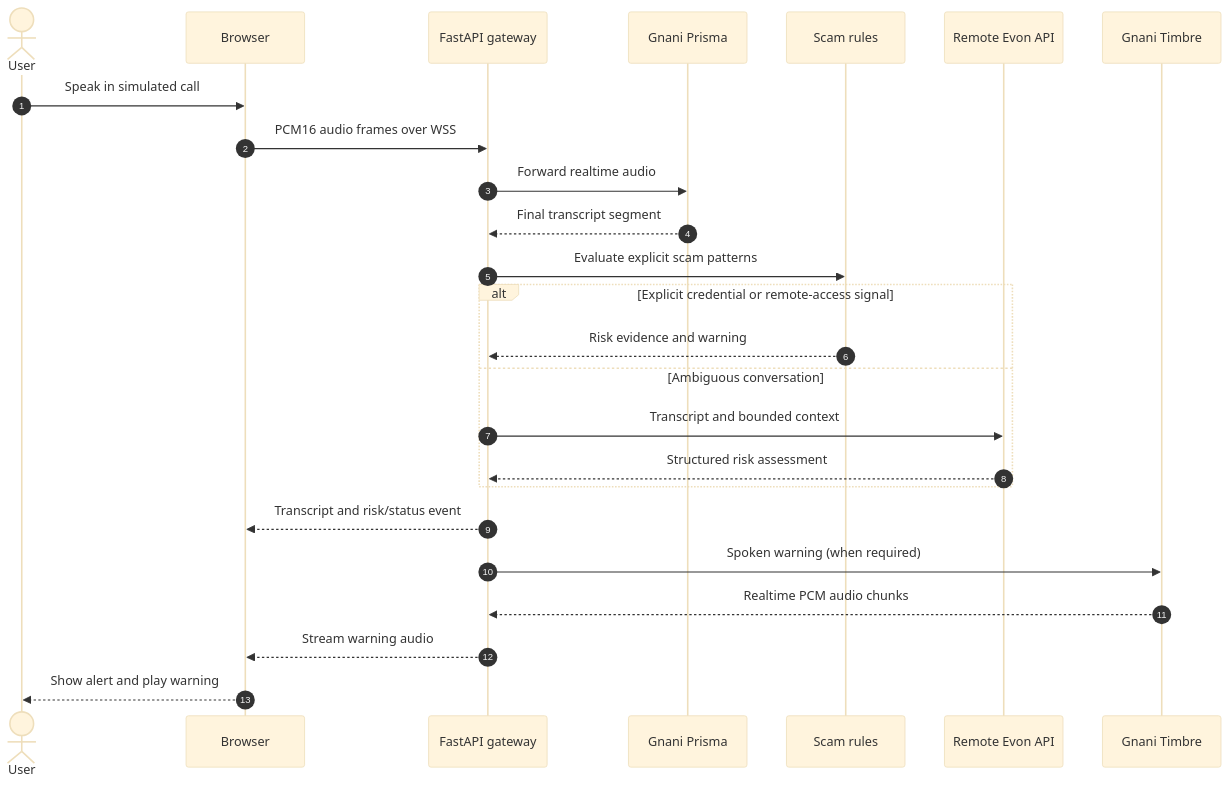
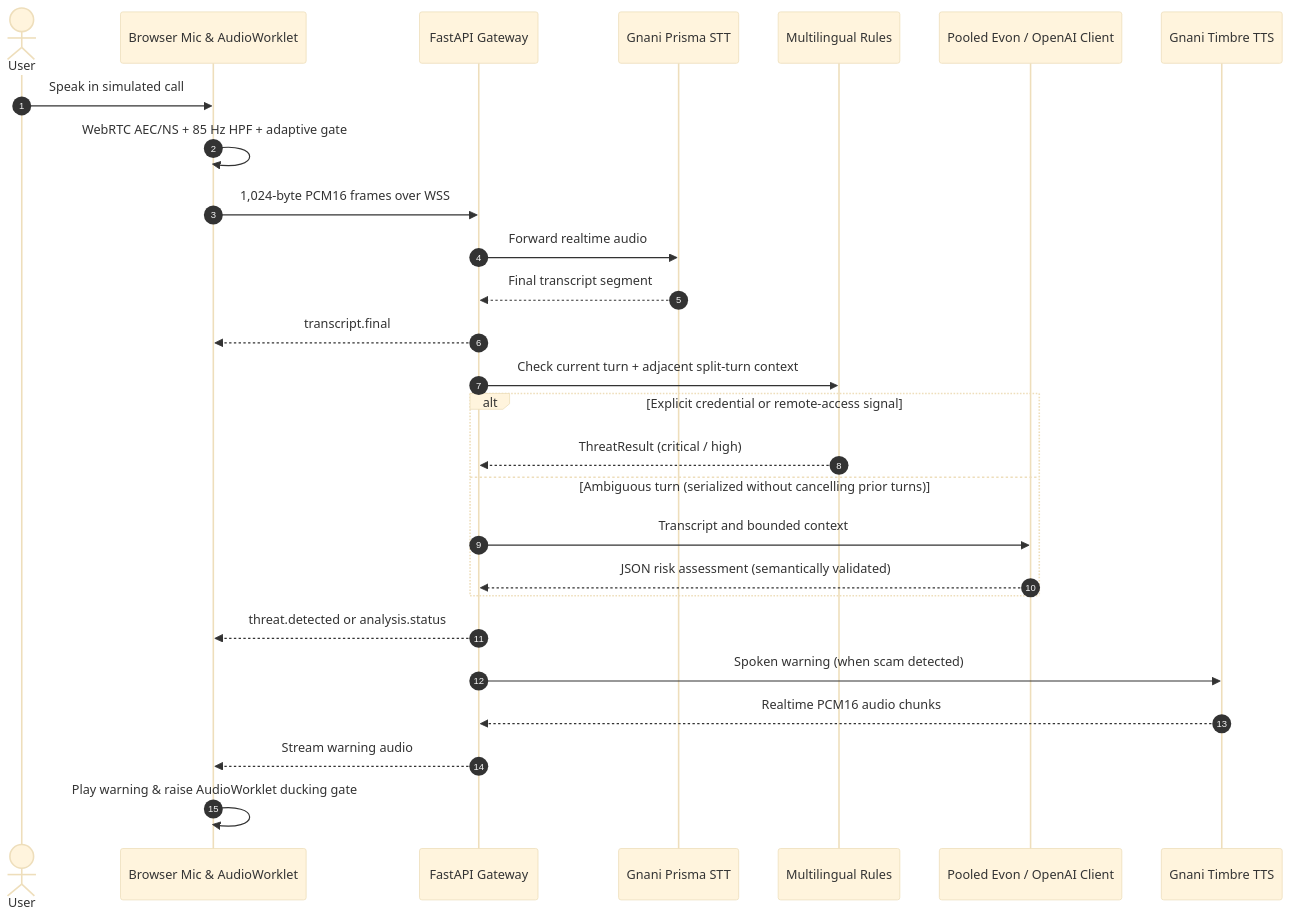
Before and after one commit to Bhaumik-99/gnani.ai-task: the second of 3 diagrams in README.md, drawn with Mermaid (base theme). The commit also changed other lines of this file and 13 other files, not shown here.

Commit message:
feat: improve live scam detection, DSP noise gating, TTS playback, and docs

````diff
--- a/README.md
+++ b/README.md
@@ -96,28 +99,30 @@
 ```mermaid
 sequenceDiagram
   autonumber
   actor User
-  participant Browser
-  participant API as FastAPI gateway
-  participant STT as Gnani Prisma
-  participant Rules as Scam rules
-  participant LLM as Remote Evon API
-  participant TTS as Gnani Timbre
+  participant Browser as Browser Mic & AudioWorklet
+  participant API as FastAPI Gateway
+  participant STT as Gnani Prisma STT
+  participant Rules as Multilingual Rules
+  participant LLM as Pooled Evon / OpenAI Client
+  participant TTS as Gnani Timbre TTS
 
   User->>Browser: Speak in simulated call
-  Browser->>API: PCM16 audio frames over WSS
+  Browser->>Browser: WebRTC AEC/NS + 85 Hz HPF + adaptive gate
+  Browser->>API: 1,024-byte PCM16 frames over WSS
   API->>STT: Forward realtime audio
   STT-->>API: Final transcript segment
-  API->>Rules: Evaluate explicit scam patterns
+  API-->>Browser: transcript.final
+  API->>Rules: Check current turn + adjacent split-turn context
   alt Explicit credential or remote-access signal
-    Rules-->>API: Risk evidence and warning
-  else Ambiguous conversation
+    Rules-->>API: ThreatResult (critical / high)
+  else Ambiguous turn (serialized without cancelling prior turns)
     API->>LLM: Transcript and bounded context
-    LLM-->>API: Structured risk assessment
+    LLM-->>API: JSON risk assessment (semantically validated)
   end
-  API-->>Browser: Transcript and risk/status event
-  API->>TTS: Spoken warning (when required)
-  TTS-->>API: Realtime PCM audio chunks
+  API-->>Browser: threat.detected or analysis.status
+  API->>TTS: Spoken warning (when scam detected)
+  TTS-->>API: Realtime PCM16 audio chunks
   API-->>Browser: Stream warning audio
-  Browser-->>User: Show alert and play warning
+  Browser->>Browser: Play warning & raise AudioWorklet ducking gate
 ```
````
